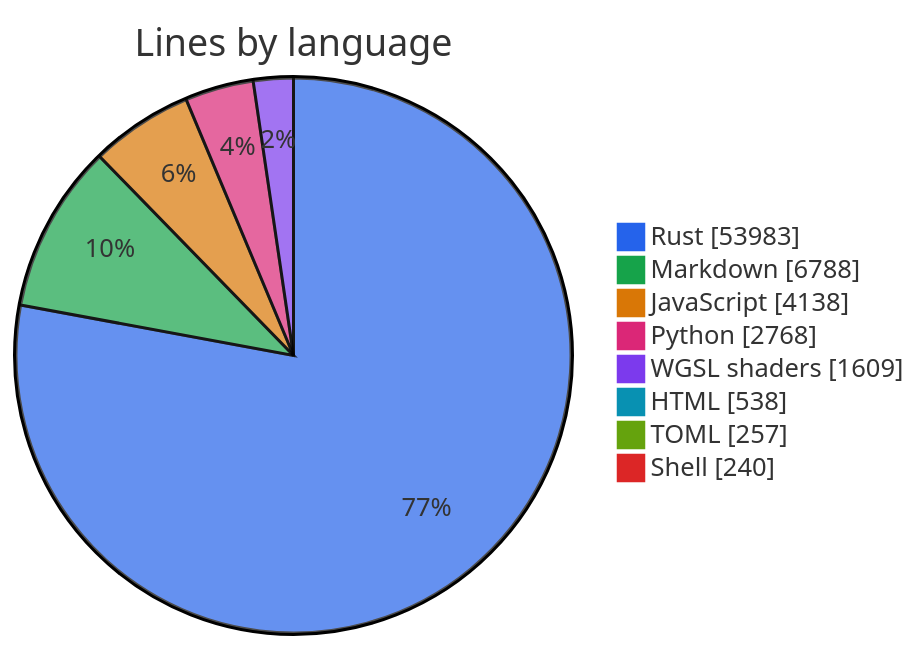
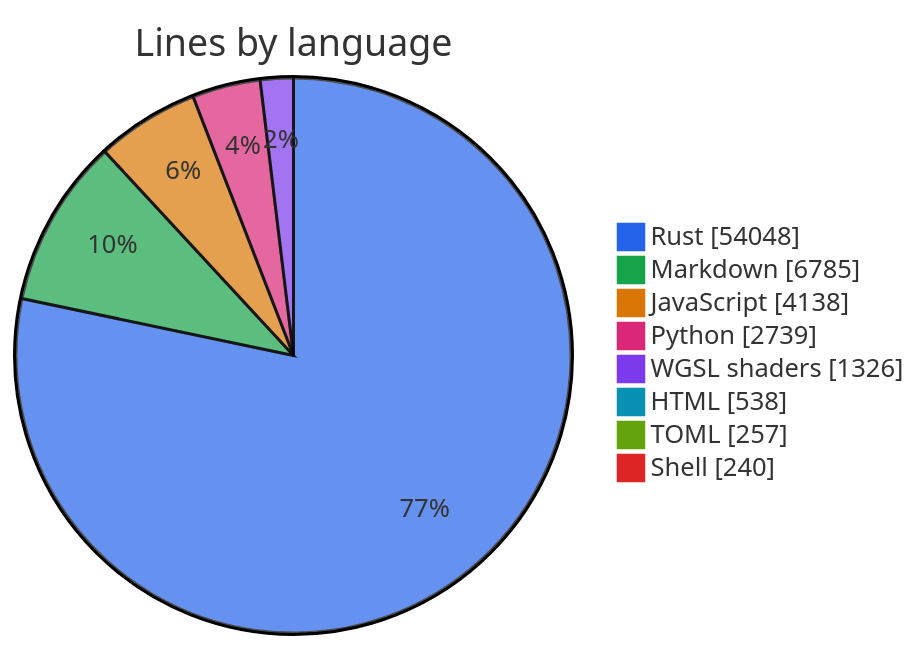
One commit to thomascherickal/ferrum-gpu changed the first of 2 diagrams in metrics.md. Above: the diagram before and after it, drawn with Mermaid. The commit also changed other lines of this file and 153 other files, not shown here.

````diff
--- a/metrics.md
+++ b/metrics.md
@@ -22,12 +22,12 @@
 ```mermaid
 %%{init: {"theme": "base", "themeVariables": {"pie1": "#2563eb", "pie2": "#16a34a", "pie3": "#d97706", "pie4": "#db2777", "pie5": "#7c3aed", "pie6": "#0891b2", "pie7": "#65a30d", "pie8": "#dc2626"}}}%%
 pie showData title Lines by language
-    "Rust" : 53983
-    "Markdown" : 6788
+    "Rust" : 54048
+    "Markdown" : 6785
     "JavaScript" : 4138
-    "Python" : 2768
-    "WGSL shaders" : 1609
+    "Python" : 2739
+    "WGSL shaders" : 1326
     "HTML" : 538
     "TOML" : 257
     "Shell" : 240
 ```
````
